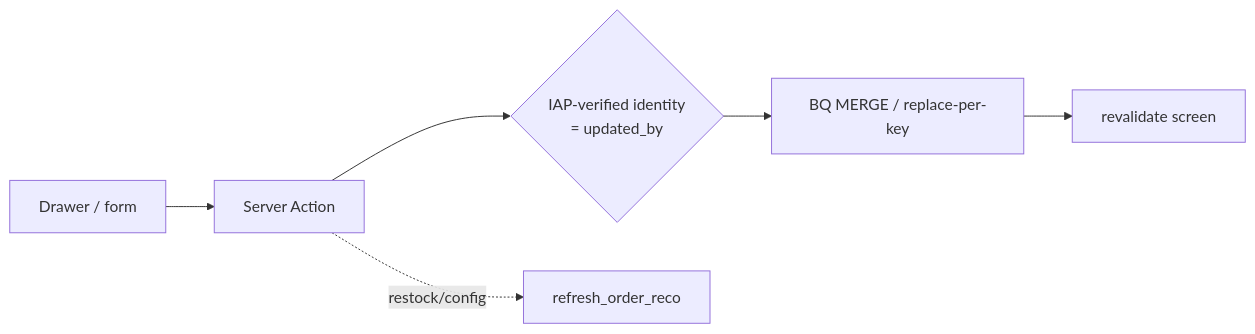
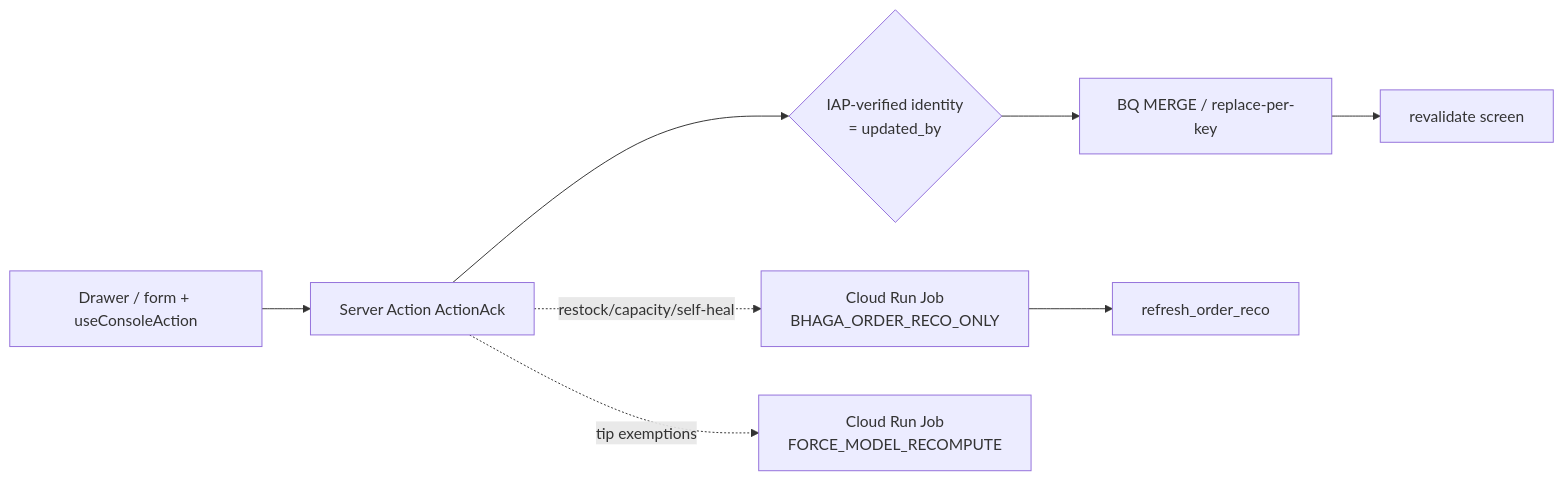
One commit to aditya2kx/jarvis changed the third of 5 diagrams in docs/operator-console/ARCHITECTURE.md. Above: the diagram before and after it, drawn with Mermaid. The commit also changed other lines of this file and 38 other files, not shown here.

````diff
--- a/docs/operator-console/ARCHITECTURE.md
+++ b/docs/operator-console/ARCHITECTURE.md
@@ -180,8 +184,10 @@
 ```mermaid
 flowchart LR
-  UI[Drawer / form] --> SA[Server Action]
+  UI[Drawer / form + useConsoleAction] --> SA[Server Action ActionAck]
   SA --> AU{IAP-verified identity\n= updated_by}
   AU --> M[BQ MERGE / replace-per-key]
   M --> OK[revalidate screen]
-  SA -. restock/config .-> RR[refresh_order_reco]
+  SA -. restock/capacity/self-heal .-> Job[Cloud Run Job\nBHAGA_ORDER_RECO_ONLY]
+  SA -. tip exemptions .-> Job2[Cloud Run Job\nFORCE_MODEL_RECOMPUTE]
+  Job --> RR[refresh_order_reco]
 ```
````
